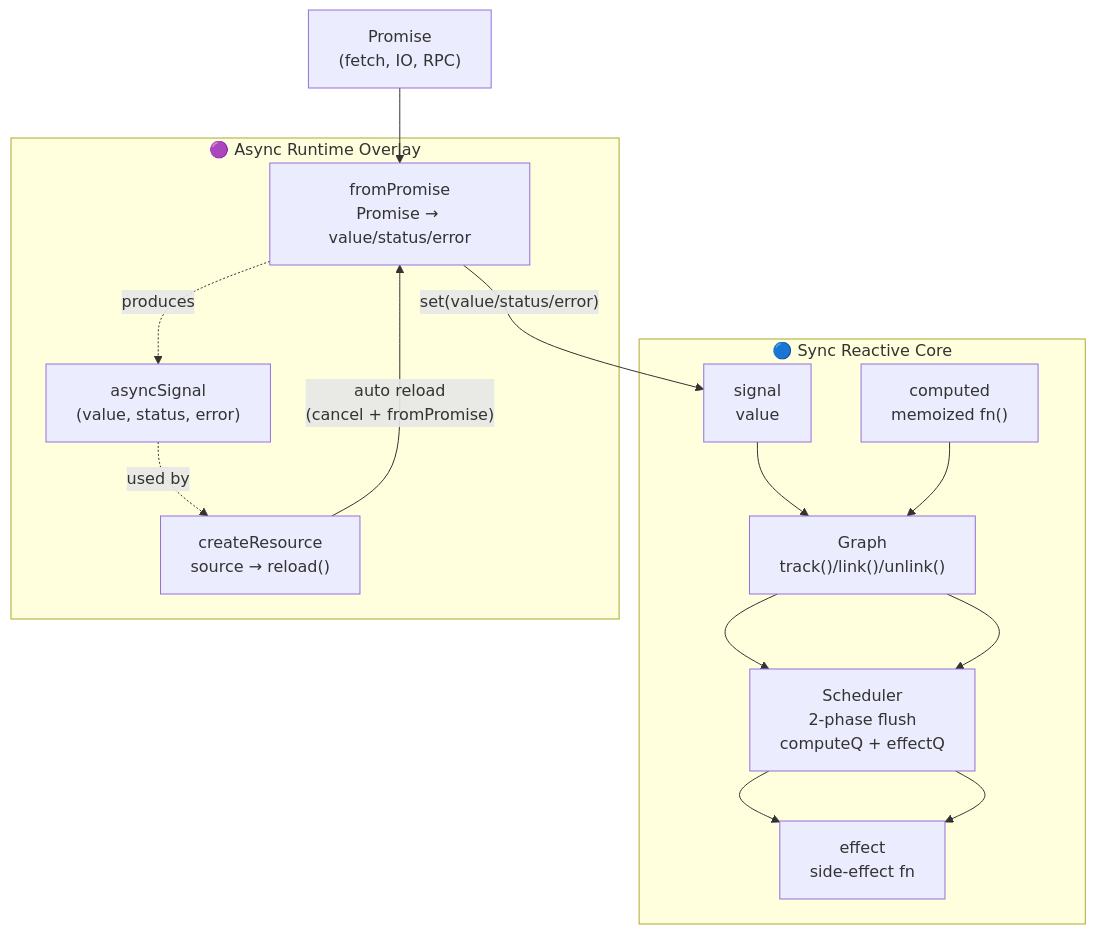
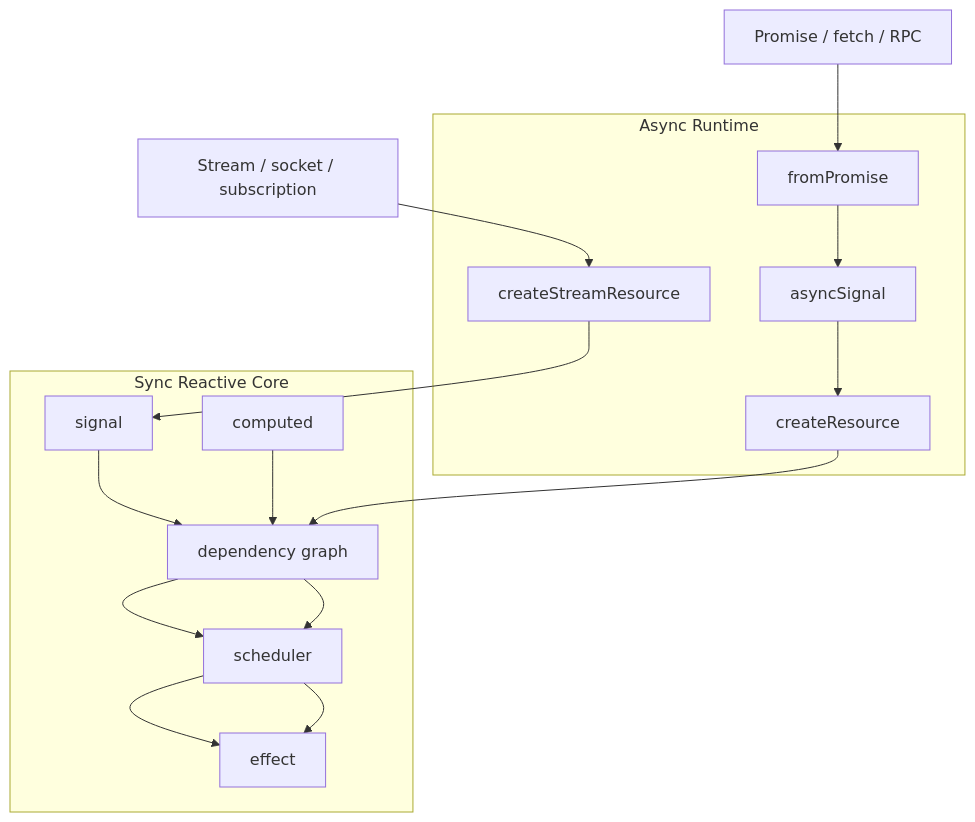
Before and after one commit to Luciano0322/signal-kernel: the diagram in README.md, drawn with Mermaid. The commit also changed other lines of this file and 7 other files, not shown here.

````diff
--- a/README.md
+++ b/README.md
@@ -152,28 +189,28 @@
 ```mermaid
 flowchart TD
 
-    subgraph SYNC_CORE["🔵 Sync Reactive Core"]
-        S[signal<br>value]
-        C["computed<br>memoized fn()"]
-        E[effect<br>side-effect fn]
-        G["Graph<br>track()/link()/unlink()"]
-        SCH[Scheduler<br>2-phase flush<br>computeQ + effectQ]
+    subgraph SYNC_CORE["Sync Reactive Core"]
+        S[signal]
+        C[computed]
+        E[effect]
+        G[dependency graph]
+        SCH[scheduler]
     end
 
-    subgraph ASYNC_OVERLAY["🟣 Async Runtime Overlay"]
-        FP[fromPromise<br>Promise → value/status/error]
-        AS["asyncSignal<br>(value, status, error)"]
-        RES["createResource<br>source → reload()"]
+    subgraph ASYNC_RUNTIME["Async Runtime"]
+        FP[fromPromise]
+        AS[asyncSignal]
+        RES[createResource]
+        STR[createStreamResource]
     end
 
-    P["Promise<br>(fetch, IO, RPC)"] --> FP
+    P[Promise / fetch / RPC] --> FP
+    ST[Stream / socket / subscription] --> STR
 
-    FP -- set(value/status/error) --> S
-    FP -. produces .-> AS
-    AS -. used by .-> RES
+    FP --> AS --> RES
+    STR --> S
 
     S --> G --> SCH --> E
     C --> G --> SCH --> E
-
-    RES -- auto reload<br>(cancel + fromPromise) --> FP
+    RES --> G
 ```
````
